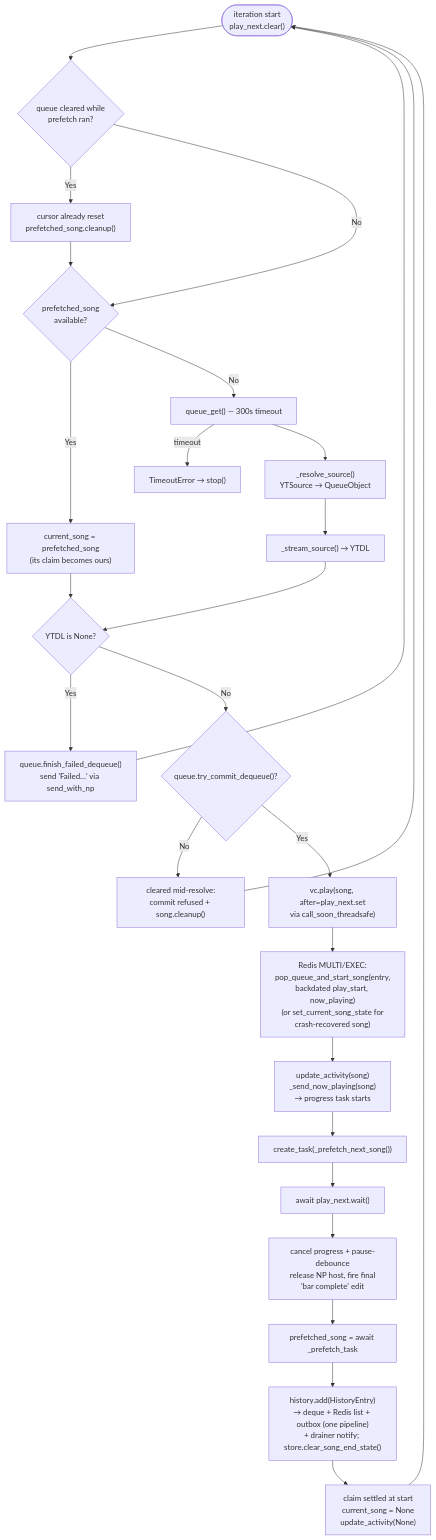
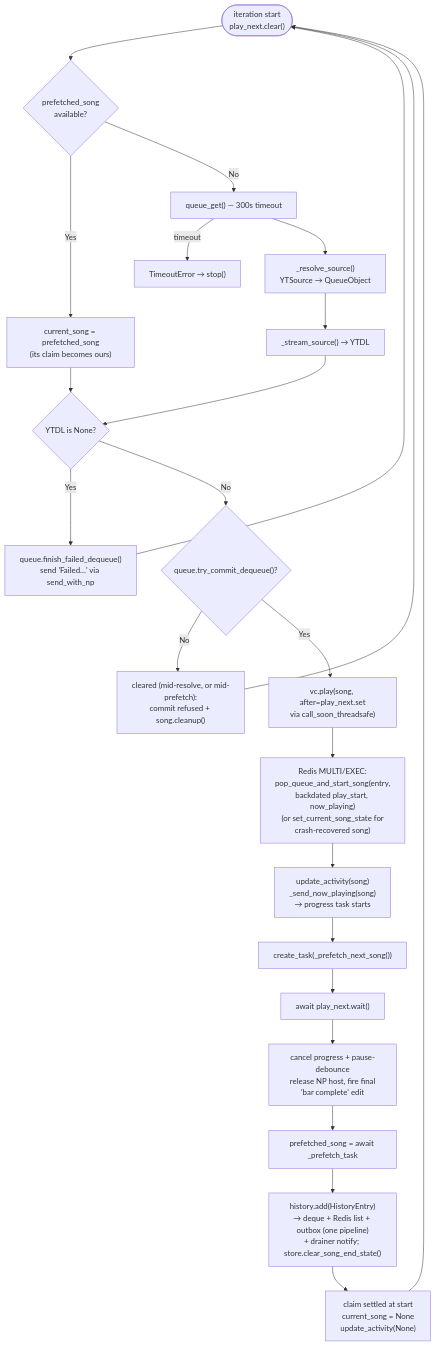
The tenth of 15 diagrams in docs/ARCHITECTURE.md (kawadeomkar/discord-music-bot), drawn with Mermaid before and after one commit. The commit also changed other lines of this file and 3 other files, not shown here.

````diff
--- a/docs/ARCHITECTURE.md
+++ b/docs/ARCHITECTURE.md
@@ -571,38 +575,34 @@
 ```mermaid
 flowchart TD
     Start(["iteration start\nplay_next.clear()"])
-    Cleared{"queue cleared while\nprefetch ran?"}
-    DropPF["cursor already reset\nprefetched_song.cleanup()"]
     HavePF{"prefetched_song\navailable?"}
     UsePF["current_song = prefetched_song\n(its claim becomes ours)"]
     GetQueue["queue_get() — 300s timeout"]
     Timeout["TimeoutError → stop()"]
     Resolve["_resolve_source()\nYTSource → QueueObject"]
     Stream["_stream_source() → YTDL"]
     Failed{"YTDL is None?"}
     FailPop["queue.finish_failed_dequeue()\nsend 'Failed…' via send_with_np"]
     Commit{"queue.try_commit_dequeue()?"}
-    Discard["cleared mid-resolve:\ncommit refused + song.cleanup()"]
+    Discard["cleared (mid-resolve, or mid-prefetch):\ncommit refused + song.cleanup()"]
     Play["vc.play(song, after=play_next.set\nvia call_soon_threadsafe)"]
     Persist["Redis MULTI/EXEC:\npop_queue_and_start_song(entry,\nbackdated play_start, now_playing)\n(or set_current_song_state for\ncrash-recovered song)"]
     NP["update_activity(song)\n_send_now_playing(song)\n→ progress task starts"]
     Prefetch["create_task(_prefetch_next_song())"]
     Wait["await play_next.wait()"]
     Retire["cancel progress + pause-debounce\nrelease NP host, fire final\n'bar complete' edit"]
     Collect["prefetched_song = await _prefetch_task"]
     History["history.add(HistoryEntry)\n→ deque + Redis list + outbox (one pipeline)\n+ drainer notify; store.clear_song_end_state()"]
     Done["claim settled at start\ncurrent_song = None\nupdate_activity(None)"]
 
-    Start --> Cleared
-    Cleared -->|Yes| DropPF --> HavePF
-    Cleared -->|No| HavePF
+    Start --> HavePF
     HavePF -->|Yes| UsePF --> Failed
     HavePF -->|No| GetQueue
     GetQueue -->|timeout| Timeout
     GetQueue --> Resolve --> Stream --> Failed
     Failed -->|Yes| FailPop --> Start
     Failed -->|No| Commit
     Commit -->|No| Discard --> Start
     Commit -->|Yes| Play --> Persist --> NP --> Prefetch --> Wait
     Wait --> Retire --> Collect --> History --> Done --> Start
 ```
````
